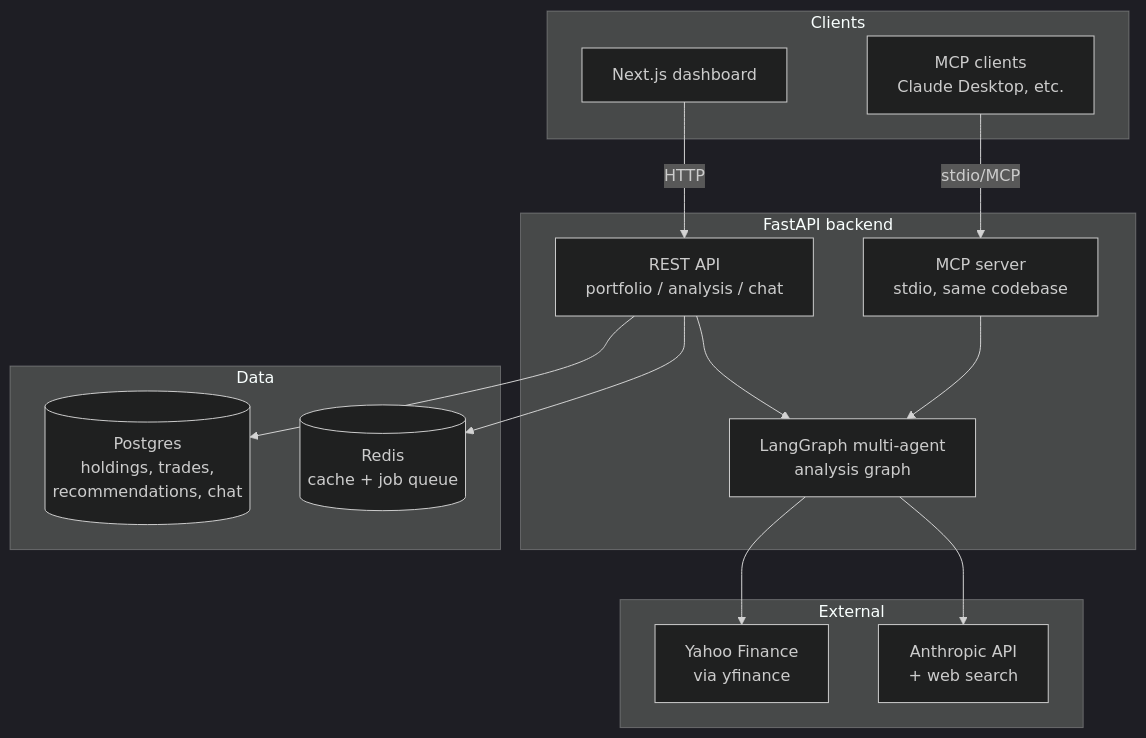
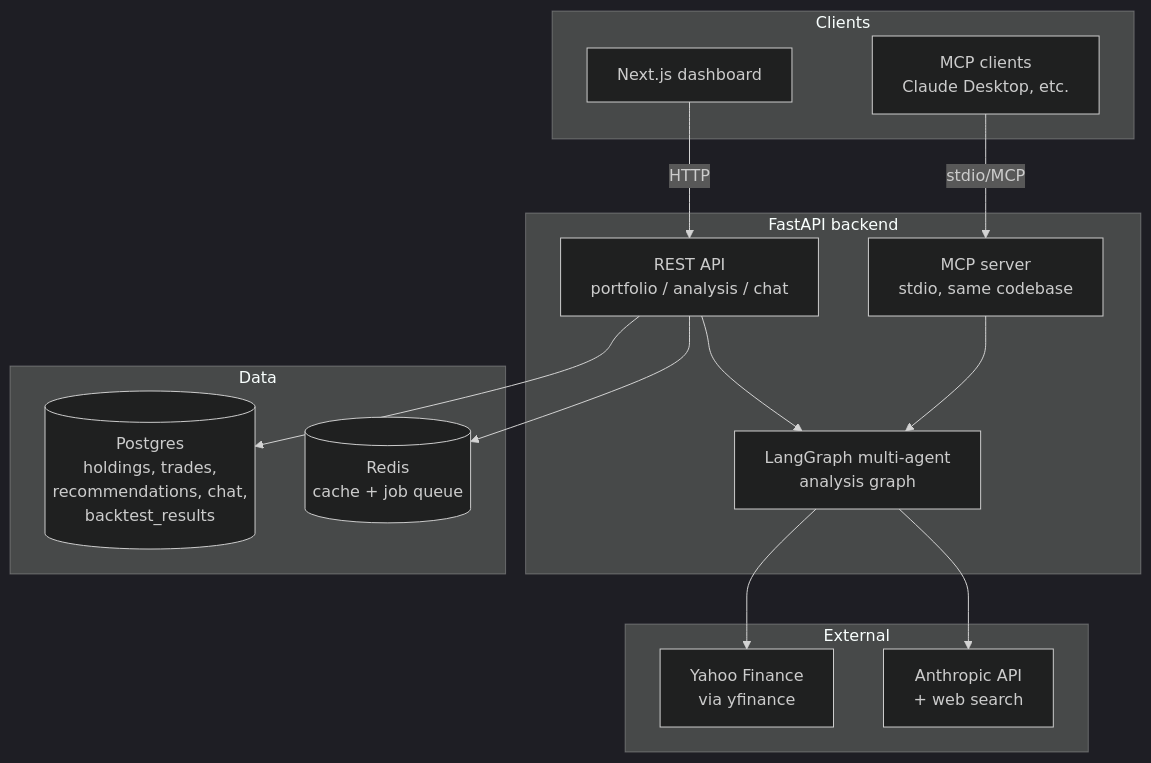
Before and after one commit to Frigomia/trade-agent: the first of 2 diagrams in docs/ARCHITECTURE.md, drawn with Mermaid (dark theme). The commit also changed other lines of this file, not shown here.

First line of the commit message:
docs: add BacktestResult to architecture data model

````diff
--- a/docs/ARCHITECTURE.md
+++ b/docs/ARCHITECTURE.md
@@ -70,32 +70,32 @@
 ```mermaid
 flowchart TB
     subgraph Clients
         FE[Next.js dashboard]
         MCPC[MCP clients<br/>Claude Desktop, etc.]
     end
 
     subgraph Backend[FastAPI backend]
         API[REST API<br/>portfolio / analysis / chat]
         GRAPH[LangGraph multi-agent<br/>analysis graph]
         MCP[MCP server<br/>stdio, same codebase]
     end
 
     subgraph Data
-        PG[(Postgres<br/>holdings, trades,<br/>recommendations, chat)]
+        PG[(Postgres<br/>holdings, trades,<br/>recommendations, chat,<br/>backtest_results)]
         REDIS[(Redis<br/>cache + job queue)]
     end
 
     subgraph External
         YF[Yahoo Finance<br/>via yfinance]
         CLAUDE[Anthropic API<br/>+ web search]
     end
 
     FE -->|HTTP| API
     MCPC -->|stdio/MCP| MCP
     API --> GRAPH
     MCP --> GRAPH
     GRAPH --> YF
     GRAPH --> CLAUDE
     API --> PG
     API --> REDIS
 ```
````
